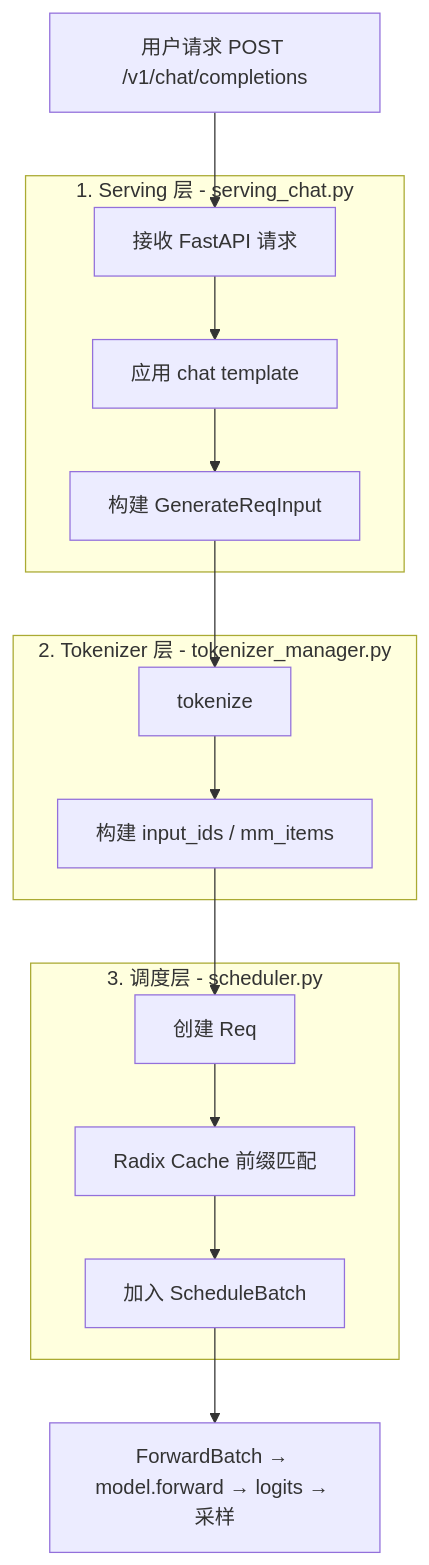
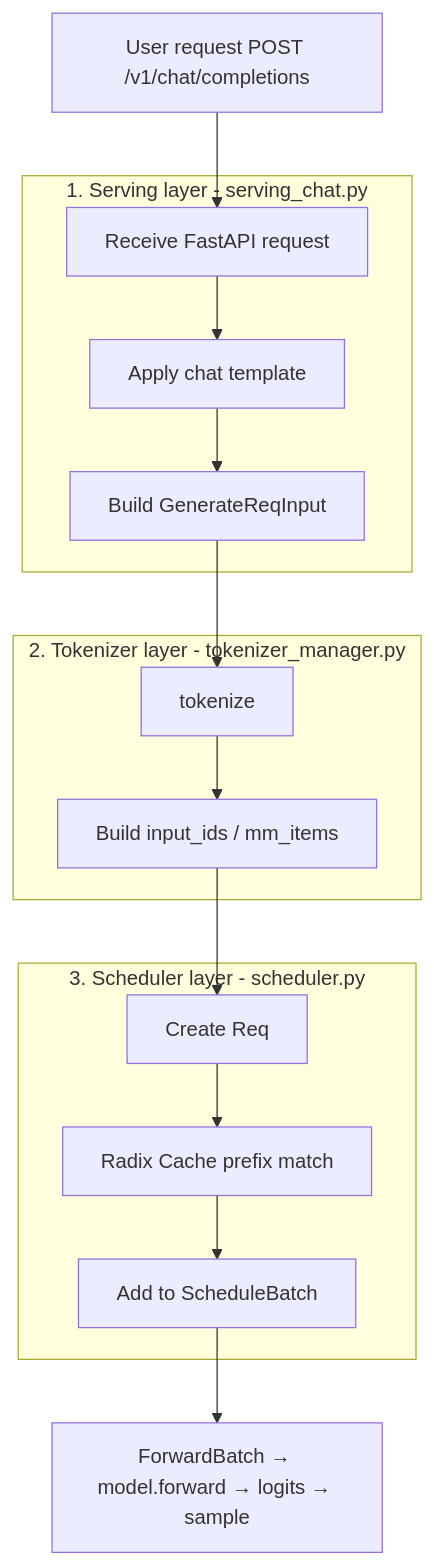
The first of 4 diagrams in mlsys-code-walkthrough/skills/mlsys-code-walkthrough/references/diagrams.md (Weili-0234/claude-plugins), drawn with Mermaid before and after one commit. The commit also changed other lines of this file and 8 other files, not shown here.

````diff
--- a/mlsys-code-walkthrough/skills/mlsys-code-walkthrough/references/diagrams.md
+++ b/mlsys-code-walkthrough/skills/mlsys-code-walkthrough/references/diagrams.md
@@ -32,16 +37,16 @@
 ```mermaid
 graph TD
-    A["用户请求 POST /v1/chat/completions"] --> B1
-    subgraph S1 ["1. Serving 层 - serving_chat.py"]
-        B1["接收 FastAPI 请求"] --> B2["应用 chat template"] --> B3["构建 GenerateReqInput"]
+    A["User request POST /v1/chat/completions"] --> B1
+    subgraph S1 ["1. Serving layer - serving_chat.py"]
+        B1["Receive FastAPI request"] --> B2["Apply chat template"] --> B3["Build GenerateReqInput"]
     end
     B3 --> C1
-    subgraph S2 ["2. Tokenizer 层 - tokenizer_manager.py"]
-        C1["tokenize"] --> C2["构建 input_ids / mm_items"]
+    subgraph S2 ["2. Tokenizer layer - tokenizer_manager.py"]
+        C1["tokenize"] --> C2["Build input_ids / mm_items"]
     end
     C2 --> D1
-    subgraph S3 ["3. 调度层 - scheduler.py"]
-        D1["创建 Req"] --> D2["Radix Cache 前缀匹配"] --> D3["加入 ScheduleBatch"]
+    subgraph S3 ["3. Scheduler layer - scheduler.py"]
+        D1["Create Req"] --> D2["Radix Cache prefix match"] --> D3["Add to ScheduleBatch"]
     end
-    D3 --> E["ForwardBatch → model.forward → logits → 采样"]
+    D3 --> E["ForwardBatch → model.forward → logits → sample"]
 ```
````
